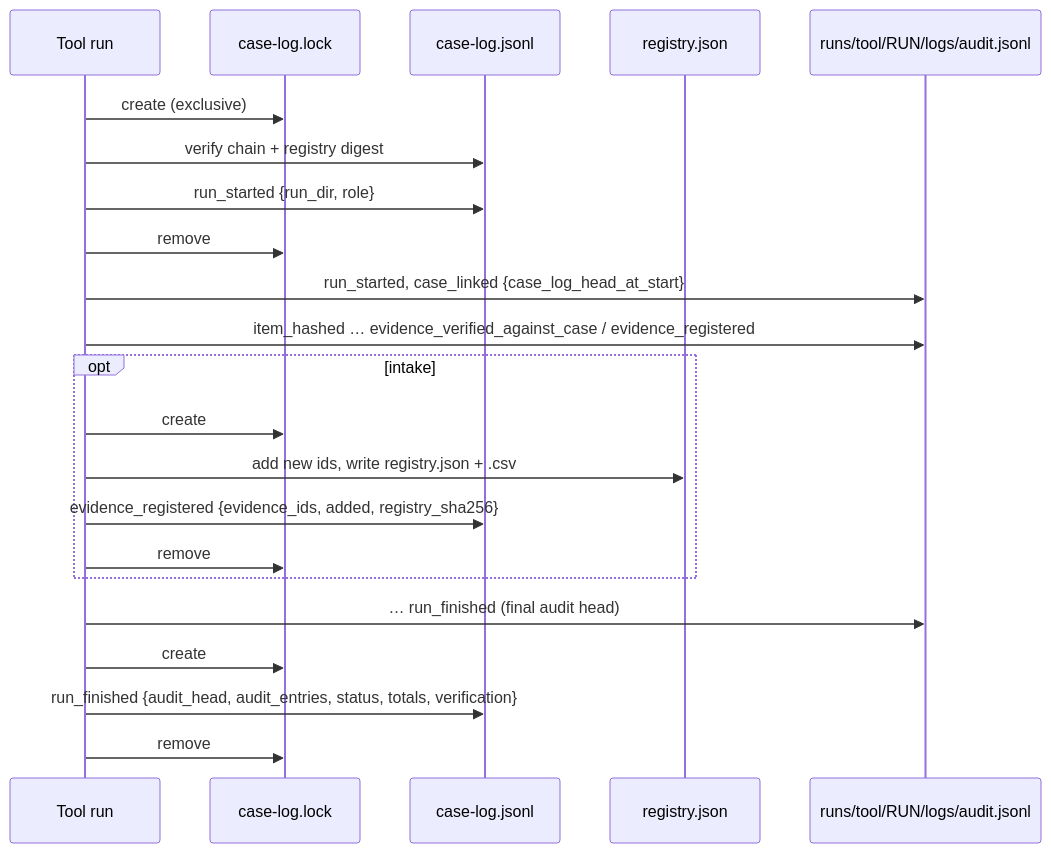
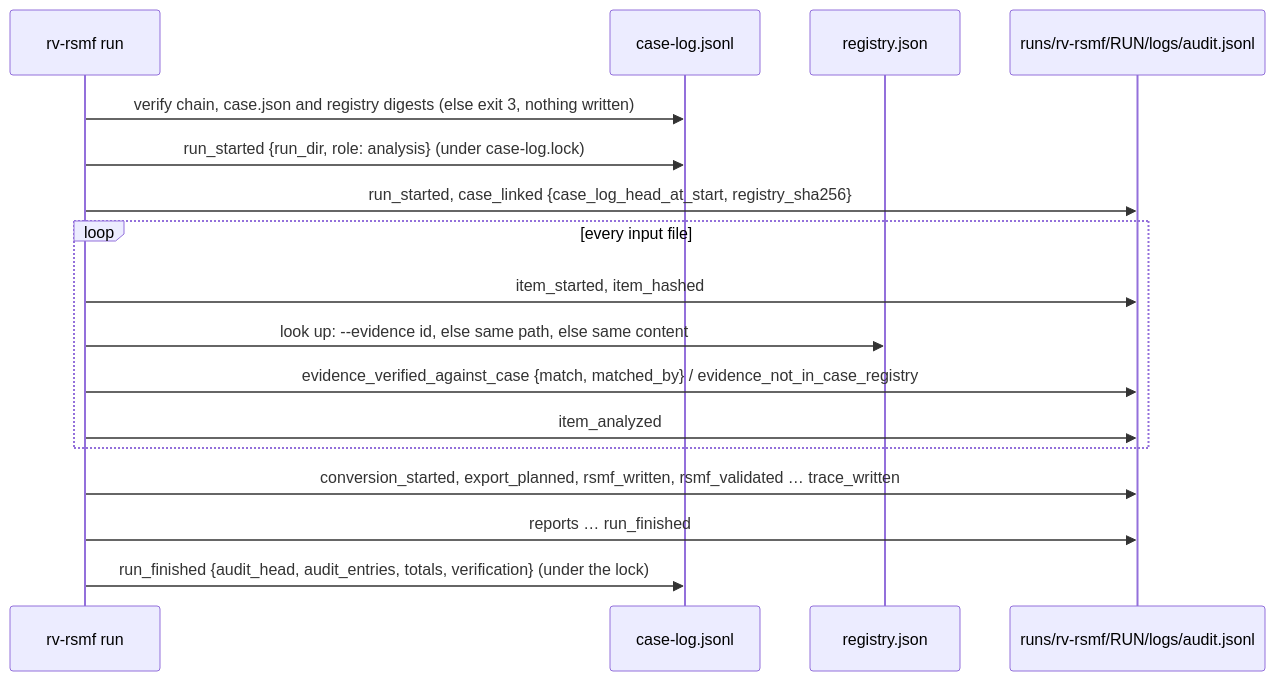
One commit to Panacota96/rv-rsmf changed the third of 4 diagrams in docs/case-folder.md. Above: the diagram before and after it, drawn with Mermaid. The commit also changed other lines of this file and 12 other files, not shown here.

First line of the commit message:
docs: rewrite README and docs for the RSMF conversion domain

````diff
--- a/docs/case-folder.md
+++ b/docs/case-folder.md
@@ -84,24 +123,19 @@
 ```mermaid
 sequenceDiagram
-    participant T as Tool run
-    participant L as case-log.lock
+    participant P as rv-rsmf run
     participant C as case-log.jsonl
     participant R as registry.json
-    participant A as runs/tool/RUN/logs/audit.jsonl
-    T->>L: create (exclusive)
-    T->>C: verify chain + registry digest
-    T->>C: run_started {run_dir, role}
-    T->>L: remove
-    T->>A: run_started, case_linked {case_log_head_at_start}
-    T->>A: item_hashed … evidence_verified_against_case / evidence_registered
-    opt intake
-        T->>L: create
-        T->>R: add new ids, write registry.json + .csv
-        T->>C: evidence_registered {evidence_ids, added, registry_sha256}
-        T->>L: remove
+    participant A as runs/rv-rsmf/RUN/logs/audit.jsonl
+    P->>C: verify chain, case.json and registry digests (else exit 3, nothing written)
+    P->>C: run_started {run_dir, role: analysis} (under case-log.lock)
+    P->>A: run_started, case_linked {case_log_head_at_start, registry_sha256}
+    loop every input file
+        P->>A: item_started, item_hashed
+        P->>R: look up: --evidence id, else same path, else same content
+        P->>A: evidence_verified_against_case {match, matched_by} / evidence_not_in_case_registry
+        P->>A: item_analyzed
     end
-    T->>A: … run_finished (final audit head)
-    T->>L: create
-    T->>C: run_finished {audit_head, audit_entries, status, totals, verification}
-    T->>L: remove
+    P->>A: conversion_started, export_planned, rsmf_written, rsmf_validated … trace_written
+    P->>A: reports … run_finished
+    P->>C: run_finished {audit_head, audit_entries, totals, verification} (under the lock)
 ```
````
